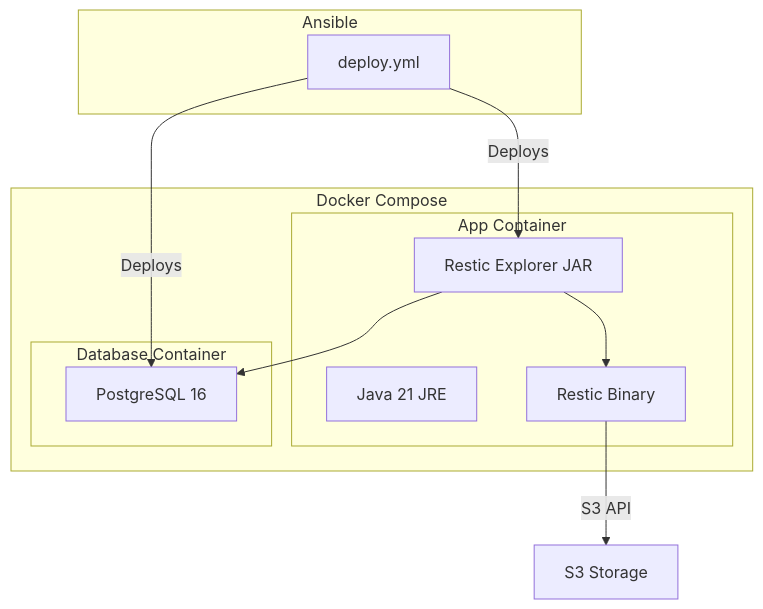
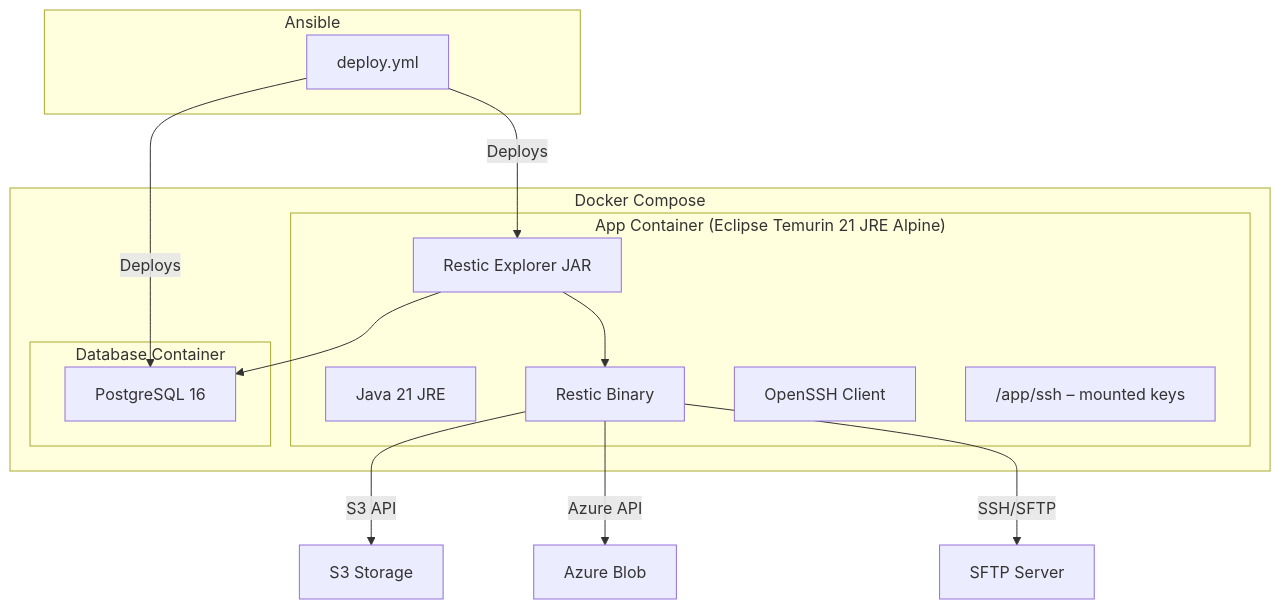
Before and after one commit to tmseidel/restic-explorer: the ninth of 9 diagrams in docs/ARCHITECTURE.md, drawn with Mermaid. The commit also changed other lines of this file and 2 other files, not shown here.

````diff
--- a/docs/ARCHITECTURE.md
+++ b/docs/ARCHITECTURE.md
@@ -337,25 +465,29 @@
 ```mermaid
 graph TB
     subgraph "Docker Compose"
-        subgraph "App Container"
+        subgraph "App Container (Eclipse Temurin 21 JRE Alpine)"
             JAVA[Java 21 JRE]
             RESTIC[Restic Binary]
+            SSH[OpenSSH Client]
             APP[Restic Explorer JAR]
+            SSHDIR["/app/ssh – mounted keys"]
         end
 
         subgraph "Database Container"
             PG[PostgreSQL 16]
         end
     end
 
     APP --> PG
     APP --> RESTIC
     RESTIC -->|S3 API| S3[S3 Storage]
+    RESTIC -->|Azure API| AZ[Azure Blob]
+    RESTIC -->|SSH/SFTP| SFTP[SFTP Server]
 
     subgraph "Ansible"
         PLAY[deploy.yml]
     end
 
     PLAY -->|Deploys| APP
     PLAY -->|Deploys| PG
 ```
````
